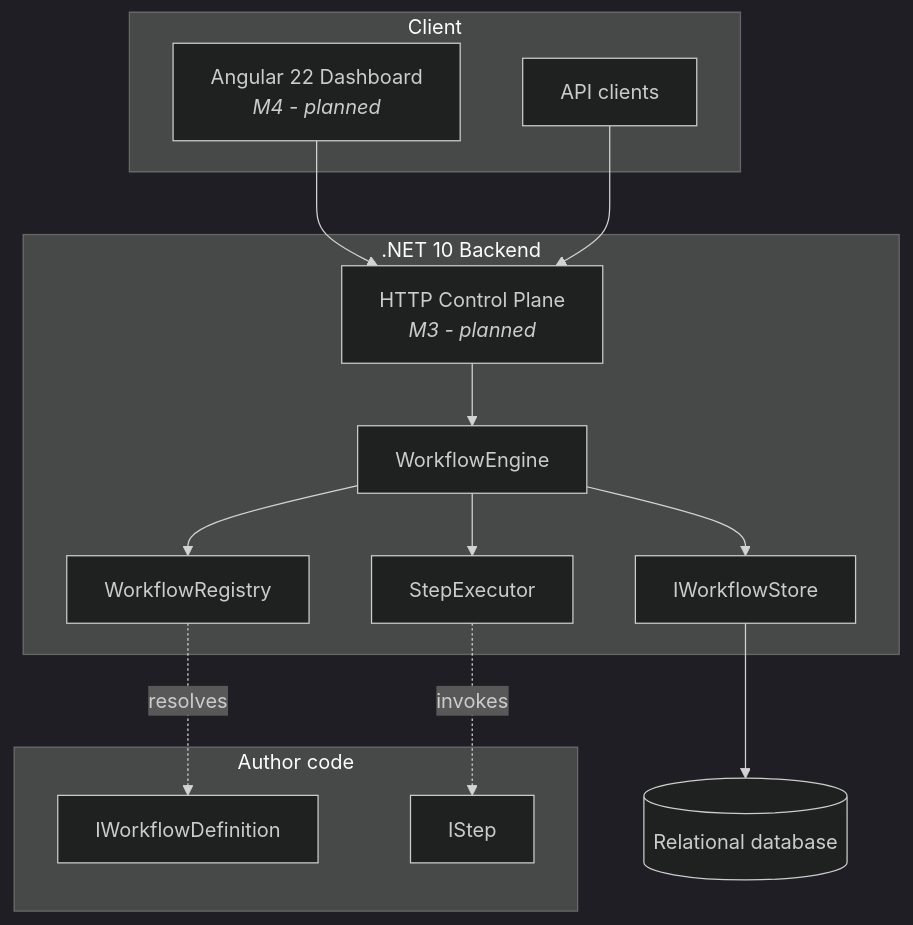
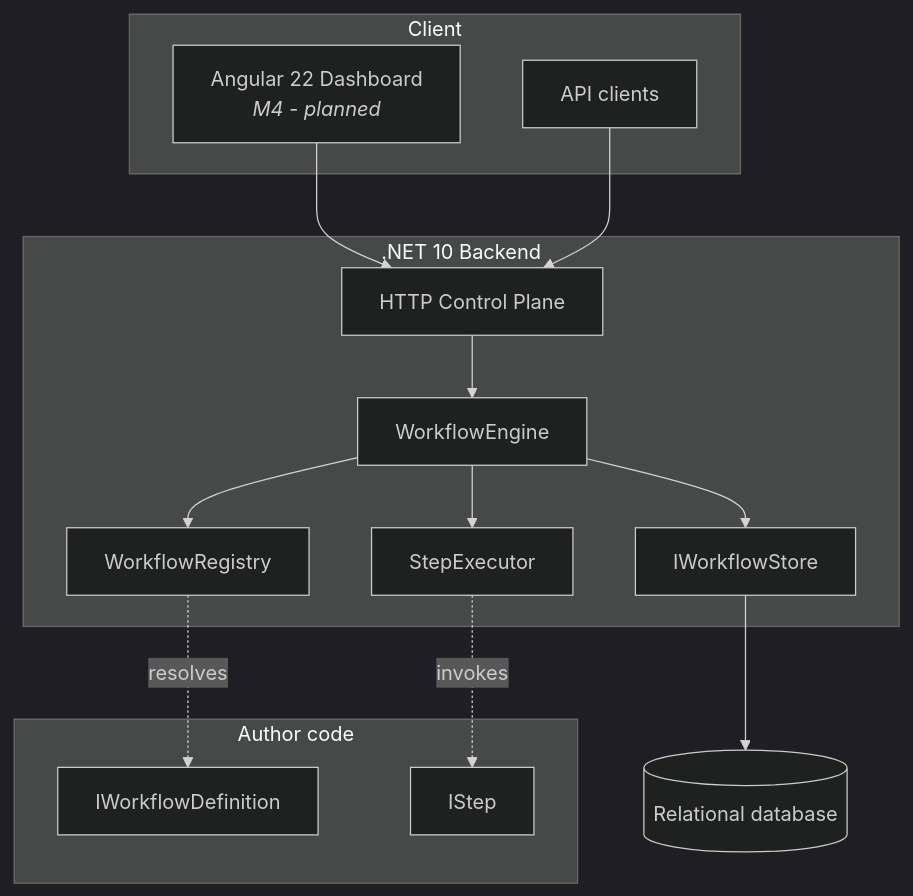
The first of 4 diagrams in docs/architecture.md (inferenceailab/FlowDeck), drawn with Mermaid (dark theme) before and after one commit. The commit also changed other lines of this file and 4 other files, not shown here.

First line of the commit message:
docs: HTTP API reference and M3 status (#61) (#91)

````diff
--- a/docs/architecture.md
+++ b/docs/architecture.md
@@ -10,32 +10,32 @@
 ```mermaid
 graph TB
     subgraph client["Client"]
         UI["Angular 22 Dashboard<br/><i>M4 - planned</i>"]
         API_CLIENT["API clients"]
     end
 
     subgraph backend[".NET 10 Backend"]
-        API["HTTP Control Plane<br/><i>M3 - planned</i>"]
+        API["HTTP Control Plane"]
         ENGINE["WorkflowEngine"]
         REGISTRY["WorkflowRegistry"]
         EXECUTOR["StepExecutor"]
         STORE["IWorkflowStore"]
     end
 
     subgraph author["Author code"]
         DEFS["IWorkflowDefinition"]
         STEPS["IStep"]
     end
 
     DB[("Relational database")]
 
     UI --> API
     API_CLIENT --> API
     API --> ENGINE
     ENGINE --> REGISTRY
     ENGINE --> EXECUTOR
     ENGINE --> STORE
     REGISTRY -.resolves.-> DEFS
     EXECUTOR -.invokes.-> STEPS
     STORE --> DB
 ```
````
